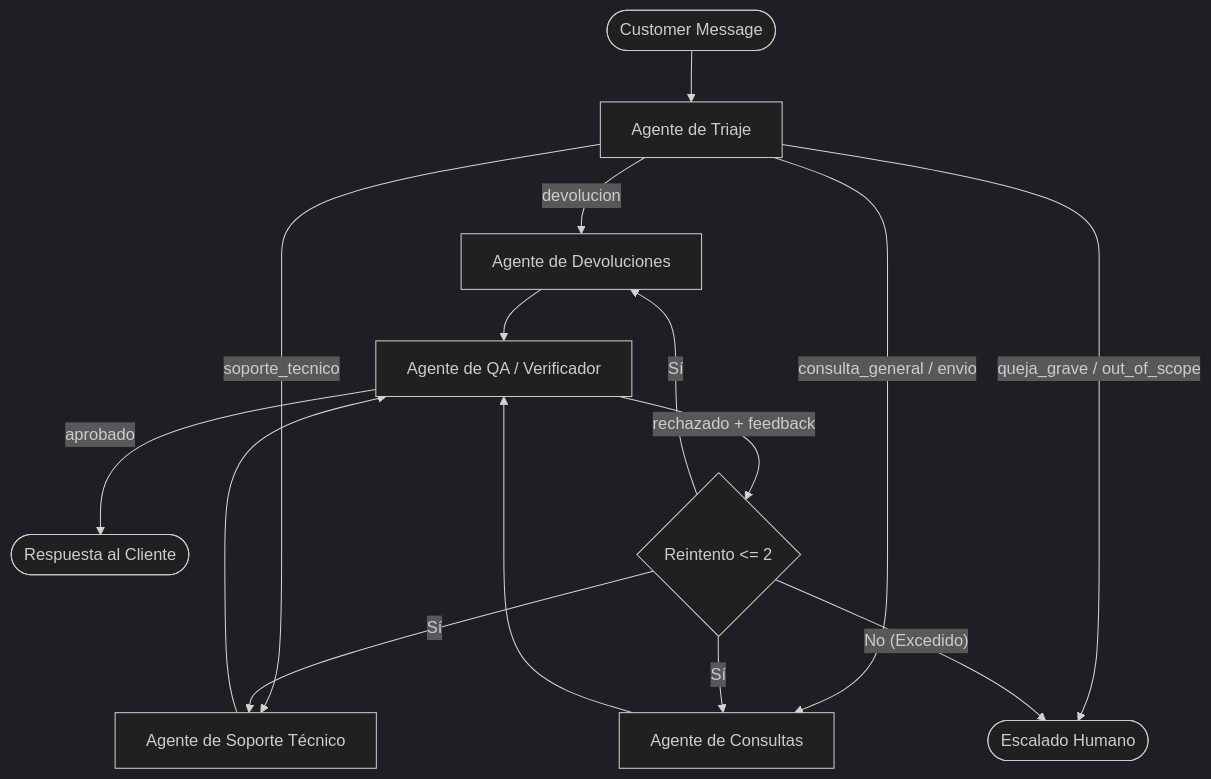
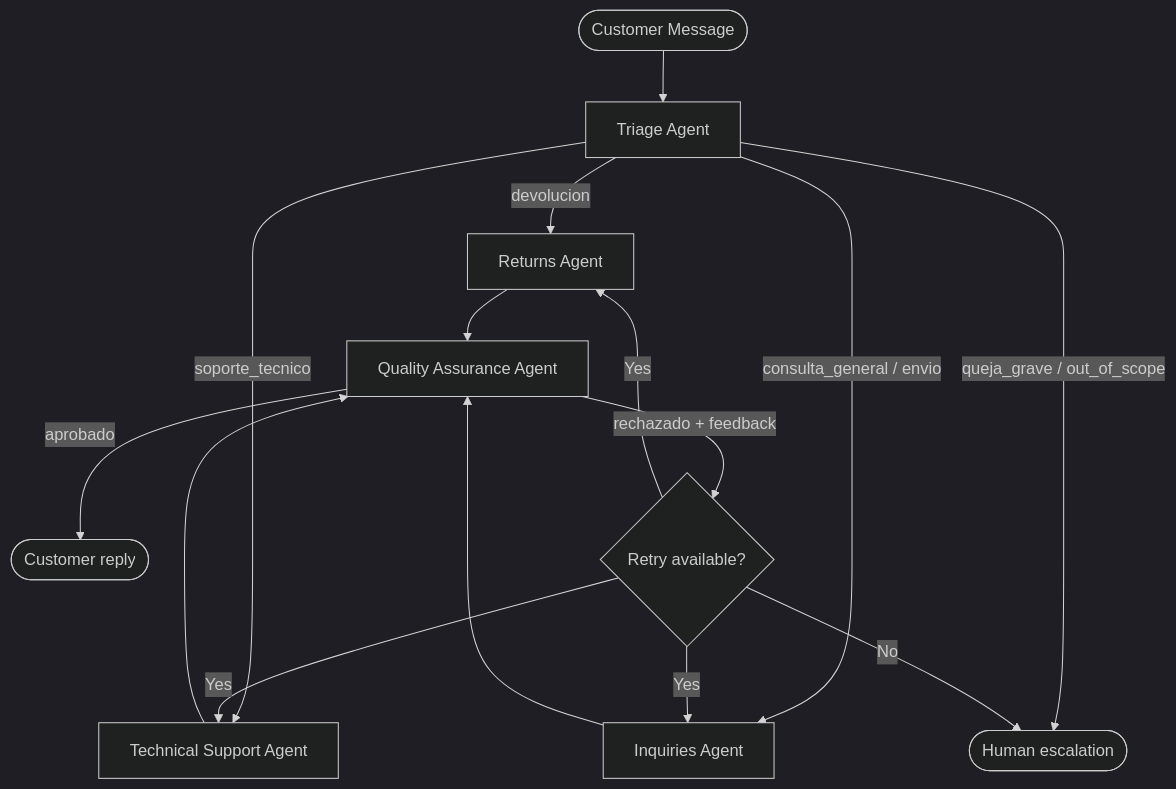
One commit to DylanEstrada9838/langchain-multi-agent-customer-service changed the diagram in AGENT_IMPROVEMENTS_HISTORY.md. Above: the diagram before and after it, drawn with Mermaid (dark theme). The commit also changed other lines of this file and 6 other files, not shown here.

````diff
--- a/AGENT_IMPROVEMENTS_HISTORY.md
+++ b/AGENT_IMPROVEMENTS_HISTORY.md
@@ -43,19 +43,19 @@
 ```mermaid
 flowchart TD
-    User([Customer Message]) --> Triaje[Agente de Triaje]
-    Triaje -->|devolucion| Devoluciones[Agente de Devoluciones]
-    Triaje -->|soporte_tecnico| Soporte[Agente de Soporte Técnico]
-    Triaje -->|consulta_general / envio| Consultas[Agente de Consultas]
-    Triaje -->|queja_grave / out_of_scope| Humano([Escalado Humano])
+    User([Customer Message]) --> Triaje[Triage Agent]
+    Triaje -->|devolucion| Devoluciones[Returns Agent]
+    Triaje -->|soporte_tecnico| Soporte[Technical Support Agent]
+    Triaje -->|consulta_general / envio| Consultas[Inquiries Agent]
+    Triaje -->|queja_grave / out_of_scope| Humano([Human escalation])
     
-    Devoluciones --> QA[Agente de QA / Verificador]
+    Devoluciones --> QA[Quality Assurance Agent]
     Soporte --> QA
     Consultas --> QA
     
-    QA -->|aprobado| Approved([Respuesta al Cliente])
-    QA -->|rechazado + feedback| Retry{Reintento <= 2}
-    Retry -->|Sí| Devoluciones
-    Retry -->|Sí| Soporte
-    Retry -->|Sí| Consultas
-    Retry -->|"No (Excedido)"| Humano
+    QA -->|aprobado| Approved([Customer reply])
+    QA -->|rechazado + feedback| Retry{Retry available?}
+    Retry -->|Yes| Devoluciones
+    Retry -->|Yes| Soporte
+    Retry -->|Yes| Consultas
+    Retry -->|No| Humano
 ```
````
